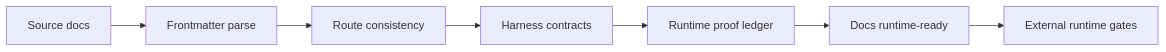
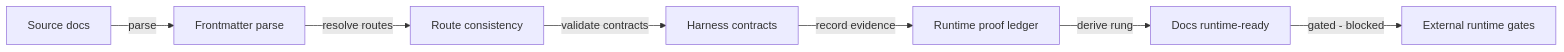
Before and after one commit to huijoohwee/agentic-canvas-os: the diagram in docs/RUNTIME-READINESS.md, drawn with Mermaid. The commit also changed 5 other files, not shown here.

Commit message:
Adopt preserved canvas diagram documentation

````diff
--- a/docs/RUNTIME-READINESS.md
+++ b/docs/RUNTIME-READINESS.md
@@ -186,13 +186,17 @@
 ```mermaid
 flowchart LR
   source["Source docs"]
   parse["Frontmatter parse"]
   route["Route consistency"]
   harness["Harness contracts"]
   proof["Runtime proof ledger"]
   docs["Docs runtime-ready"]
   external["External runtime gates"]
 
-  source --> parse --> route --> harness --> proof --> docs
-  docs --> external
+  source -->|"parse"| parse
+  parse -->|"resolve routes"| route
+  route -->|"validate contracts"| harness
+  harness -->|"record evidence"| proof
+  proof -->|"derive rung"| docs
+  docs -->|"gated - blocked"| external
 ```
````
